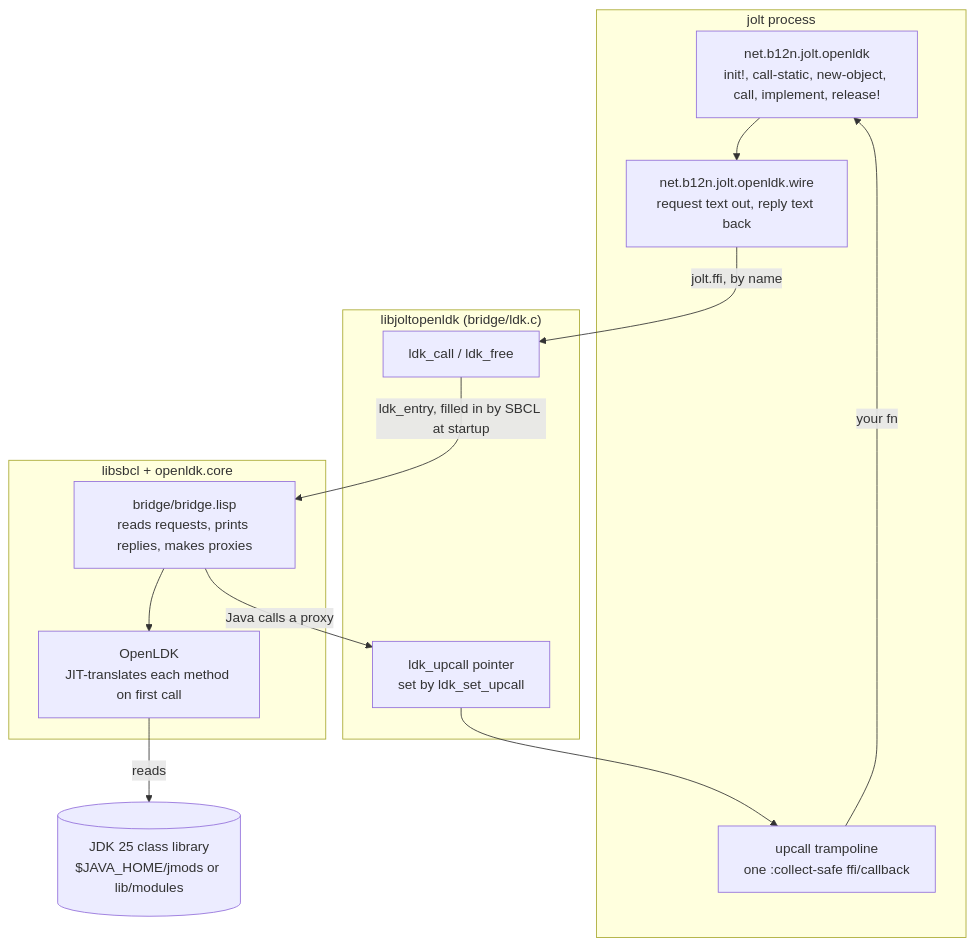
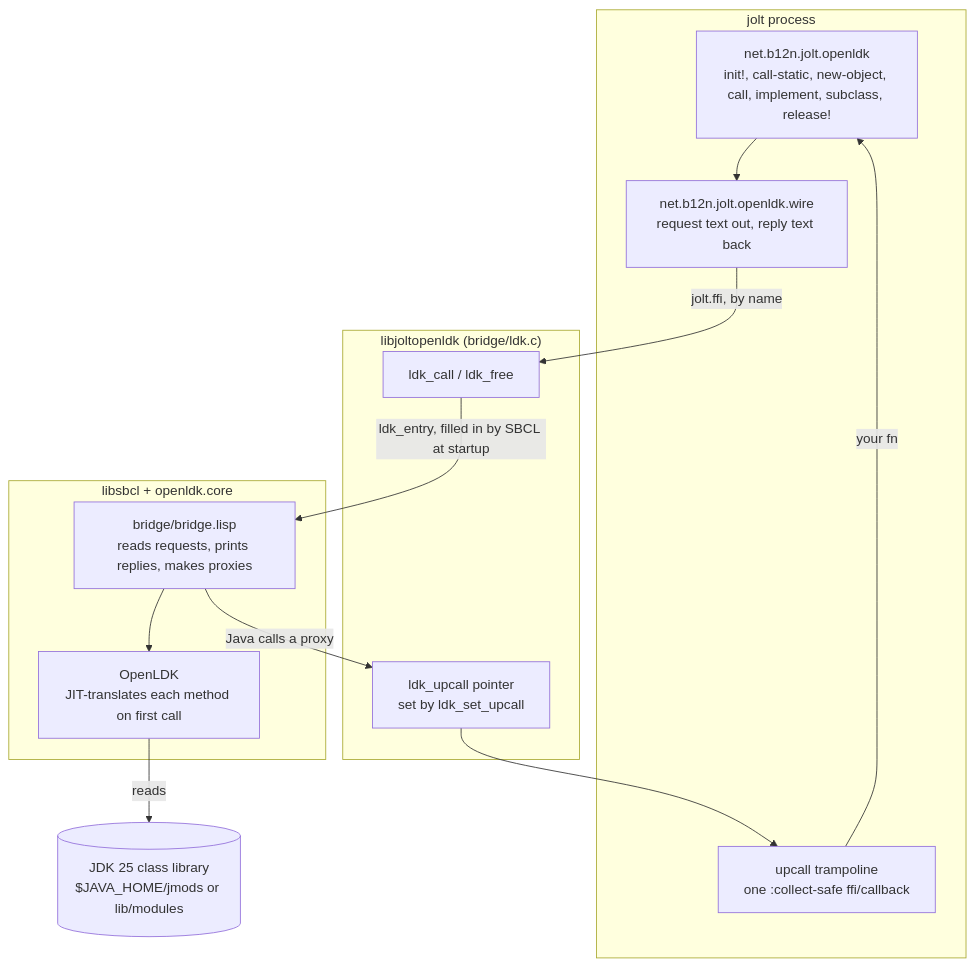
Before and after one commit to jlt-commons/jolt-openldk: the first of 2 diagrams in README.md, drawn with Mermaid. The commit also changed other lines of this file and 2 other files, not shown here.

Commit message:
README, CHANGELOG and ns docstring: subclass and call-super

````diff
--- a/README.md
+++ b/README.md
@@ -38,26 +38,26 @@
 ```mermaid
 flowchart TB
   subgraph jolt["jolt process"]
-    api["net.b12n.jolt.openldk<br/>init!, call-static, new-object, call, implement, release!"]
+    api["net.b12n.jolt.openldk<br/>init!, call-static, new-object, call, implement, subclass, release!"]
     wire["net.b12n.jolt.openldk.wire<br/>request text out, reply text back"]
     tramp["upcall trampoline<br/>one :collect-safe ffi/callback"]
     api --> wire
   end
   subgraph shim["libjoltopenldk (bridge/ldk.c)"]
     shimcall["ldk_call / ldk_free"]
     shimup["ldk_upcall pointer<br/>set by ldk_set_upcall"]
   end
   subgraph sbcl["libsbcl + openldk.core"]
     bridge["bridge/bridge.lisp<br/>reads requests, prints replies, makes proxies"]
     ldk["OpenLDK<br/>JIT-translates each method on first call"]
   end
   jdk[("JDK 25 class library<br/>$JAVA_HOME/jmods or lib/modules")]
 
   wire -- "jolt.ffi, by name" --> shimcall
   shimcall -- "ldk_entry, filled in by SBCL at startup" --> bridge
   bridge --> ldk
   ldk -- reads --> jdk
   bridge -- "Java calls a proxy" --> shimup
   shimup --> tramp
   tramp -- "your fn" --> api
 ```
````
